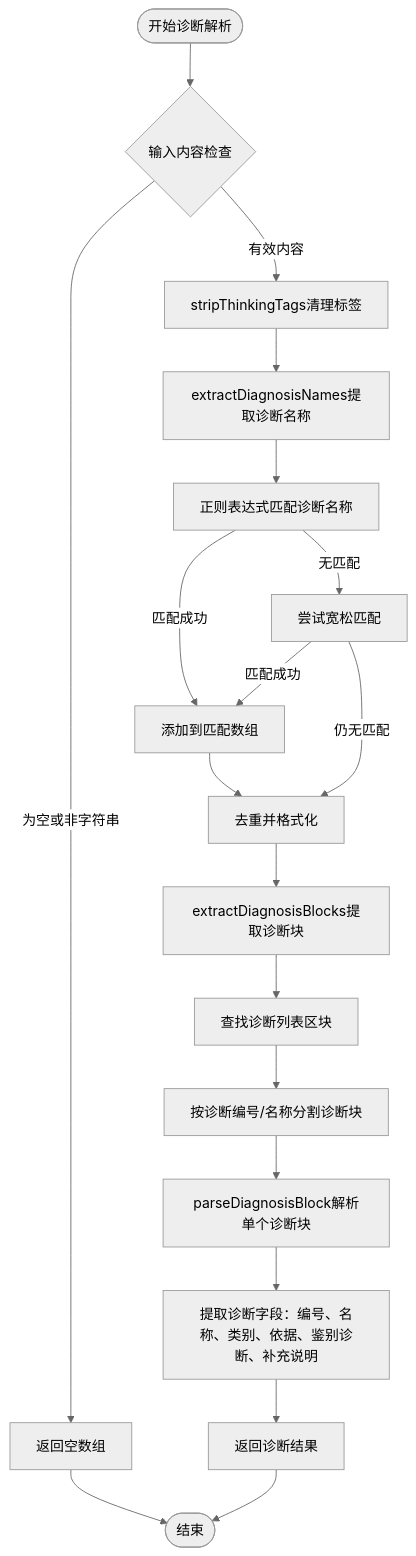
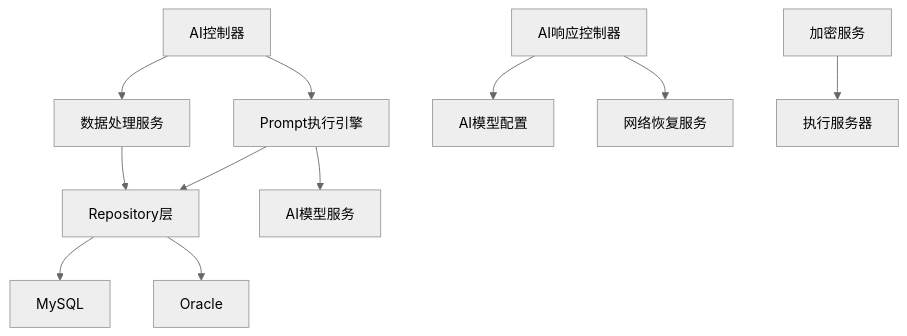
Before and after one commit to liuzh2008/med_ai_assistant_workspace: the sixth of 6 diagrams in .qoder/repowiki/zh/content/核心功能模块/AI诊断辅助系统.md, drawn with Mermaid (neutral theme). The commit also changed other lines of this file and 5 other files, not shown here.

````diff
--- a/.qoder/repowiki/zh/content/核心功能模块/AI诊断辅助系统.md
+++ b/.qoder/repowiki/zh/content/核心功能模块/AI诊断辅助系统.md
@@ -1031,21 +288,13 @@
 ```mermaid
-flowchart TD
-Start(["开始诊断解析"]) --> InputCheck{"输入内容检查"}
-InputCheck --> |为空或非字符串| ReturnEmpty["返回空数组"]
-InputCheck --> |有效内容| StripThinking["stripThinkingTags清理<thinking>标签"]
-StripThinking --> ExtractNames["extractDiagnosisNames提取诊断名称"]
-ExtractNames --> NameRegex["正则表达式匹配诊断名称"]
-NameRegex --> |匹配成功| AddToMatches["添加到匹配数组"]
-NameRegex --> |无匹配| FallbackRegex["尝试宽松匹配"]
-FallbackRegex --> |匹配成功| AddToMatches
-FallbackRegex --> |仍无匹配| Dedupe["去重并格式化"]
-AddToMatches --> Dedupe
-Dedupe --> ExtractBlocks["extractDiagnosisBlocks提取诊断块"]
-ExtractBlocks --> FindList["查找诊断列表区块"]
-FindList --> SplitBlocks["按诊断编号/名称分割诊断块"]
-SplitBlocks --> ParseBlock["parseDiagnosisBlock解析单个诊断块"]
-ParseBlock --> ExtractFields["提取诊断字段：编号、名称、类别、依据、鉴别诊断、补充说明"]
-ExtractFields --> ReturnResults["返回诊断结果"]
-ReturnEmpty --> End(["结束"])
-ReturnResults --> End
+graph TB
+AI["AI控制器"] --> PromptSvc["Prompt执行引擎"]
+AI --> DataSvc["数据处理服务"]
+AIResp["AI响应控制器"] --> AIModelCfg["AI模型配置"]
+AIResp --> NetRecovery["网络恢复服务"]
+Encrypt["加密服务"] --> ExecServer["执行服务器"]
+PromptSvc --> Repo["Repository层"]
+DataSvc --> Repo
+Repo --> MySQL["MySQL"]
+Repo --> Oracle["Oracle"]
+PromptSvc --> AIModel["AI模型服务"]
 ```
````
